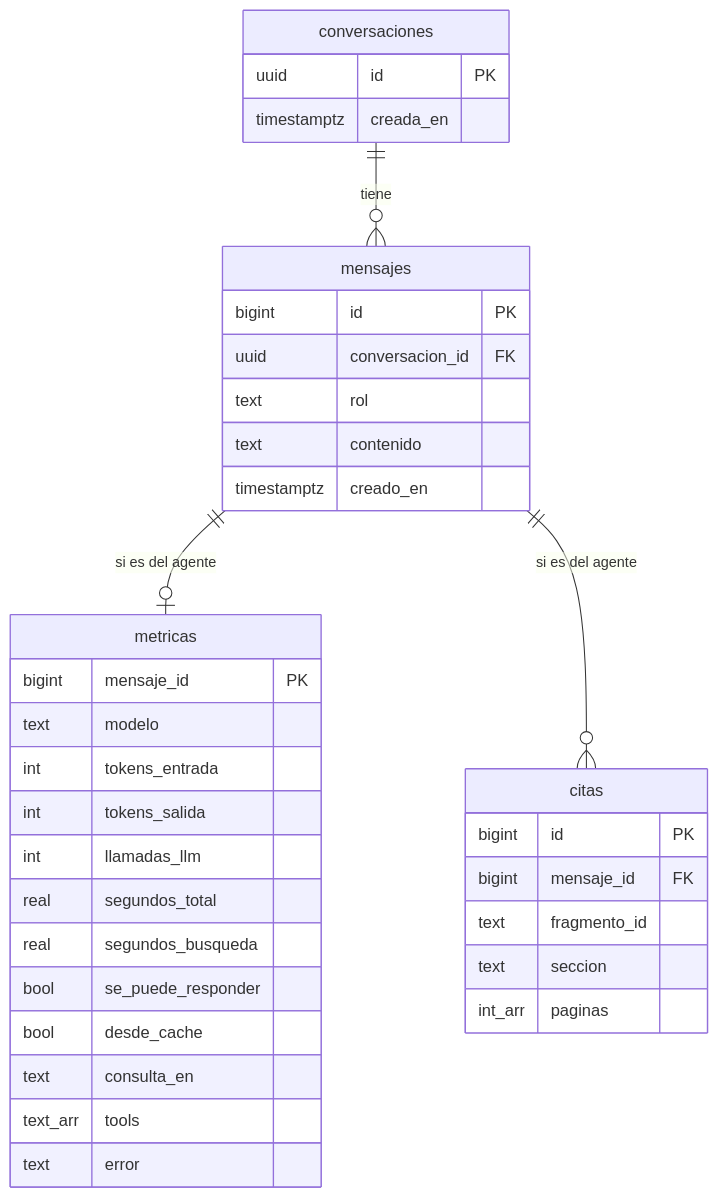
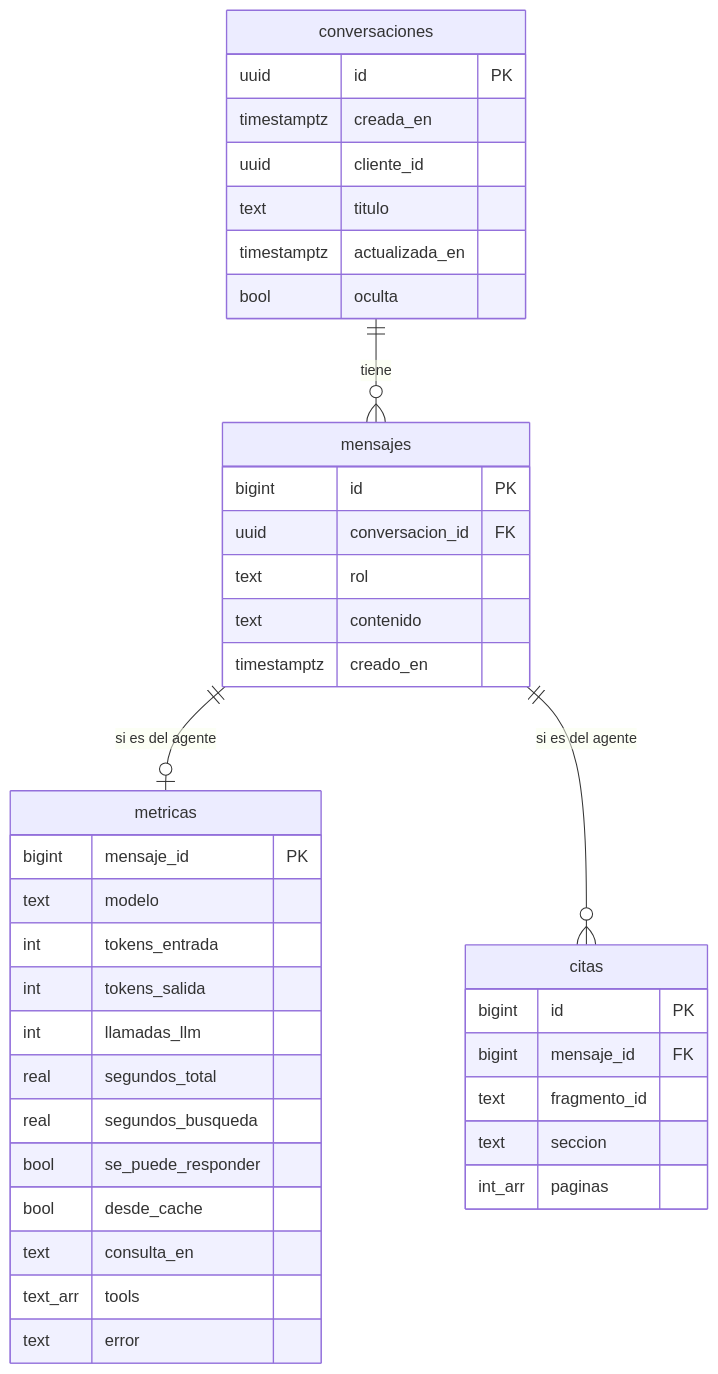
The second of 2 diagrams in README.md (mcardenas3/agente-academico), drawn with Mermaid before and after one commit. The commit also changed other lines of this file and 7 other files, not shown here.

````diff
--- a/README.md
+++ b/README.md
@@ -297,10 +301,10 @@
 ```mermaid
 erDiagram
     conversaciones ||--o{ mensajes : tiene
     mensajes ||--o| metricas : "si es del agente"
     mensajes ||--o{ citas : "si es del agente"
-    conversaciones { uuid id PK  timestamptz creada_en }
+    conversaciones { uuid id PK  timestamptz creada_en  uuid cliente_id  text titulo  timestamptz actualizada_en  bool oculta }
     mensajes { bigint id PK  uuid conversacion_id FK  text rol  text contenido  timestamptz creado_en }
     metricas { bigint mensaje_id PK  text modelo  int tokens_entrada  int tokens_salida  int llamadas_llm  real segundos_total  real segundos_busqueda  bool se_puede_responder  bool desde_cache  text consulta_en  text_arr tools  text error }
     citas { bigint id PK  bigint mensaje_id FK  text fragmento_id  text seccion  int_arr paginas }
 ```
````
